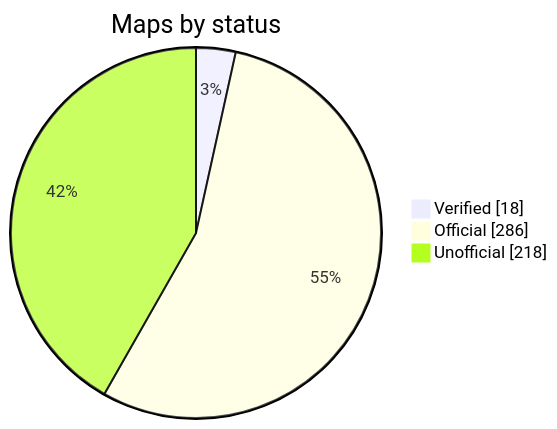
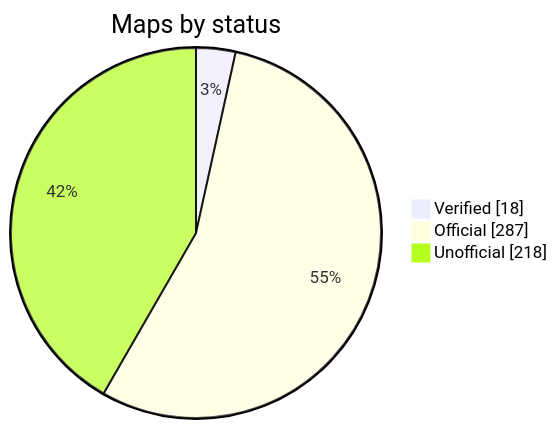
Before and after one commit to nobrega8/mbmap-library: the diagram in README.md, drawn with Mermaid. The commit also changed 5 other files, not shown here.

````diff
--- a/README.md
+++ b/README.md
@@ -52,7 +52,7 @@
 ```mermaid
 pie showData
     title Maps by status
     "Verified" : 18
-    "Official" : 286
+    "Official" : 287
     "Unofficial" : 218
 ```
````
